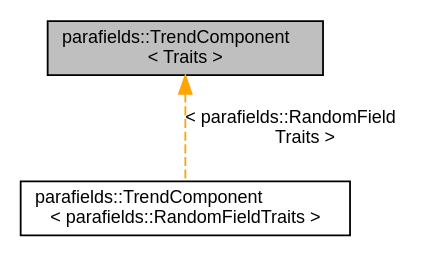
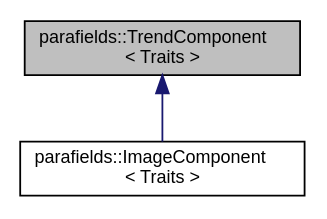
Before and after one commit to parafields/parafields-core: the diagram in a00965.dot, drawn with Graphviz. The commit also changed 421 other files, not shown here.

```diff
--- a/a00965.dot
+++ b/a00965.dot
@@ -1,9 +1,9 @@
 digraph "parafields::TrendComponent&lt; Traits &gt;"
 {
  // LATEX_PDF_SIZE
   edge [fontname="Helvetica",fontsize="10",labelfontname="Helvetica",labelfontsize="10"];
   node [fontname="Helvetica",fontsize="10",shape=record];
   Node1 [label="parafields::TrendComponent\l\< Traits \>",height=0.2,width=0.4,color="black", fillcolor="grey75", style="filled", fontcolor="black",tooltip="Component of random field representing deterministic structure."];
-  Node1 -> Node2 [dir="back",color="orange",fontsize="10",style="dashed",label=" \< parafields::RandomField\lTraits \>" ,fontname="Helvetica"];
-  Node2 [label="parafields::TrendComponent\l\< parafields::RandomFieldTraits \>",height=0.2,width=0.4,color="black", fillcolor="white", style="filled",URL="$a00966.html",tooltip=" "];
+  Node1 -> Node2 [dir="back",color="midnightblue",fontsize="10",style="solid",fontname="Helvetica"];
+  Node2 [label="parafields::ImageComponent\l\< Traits \>",height=0.2,width=0.4,color="black", fillcolor="white", style="filled",URL="$a00970.html",tooltip="Component of random field based on pixel image."];
 }
```
